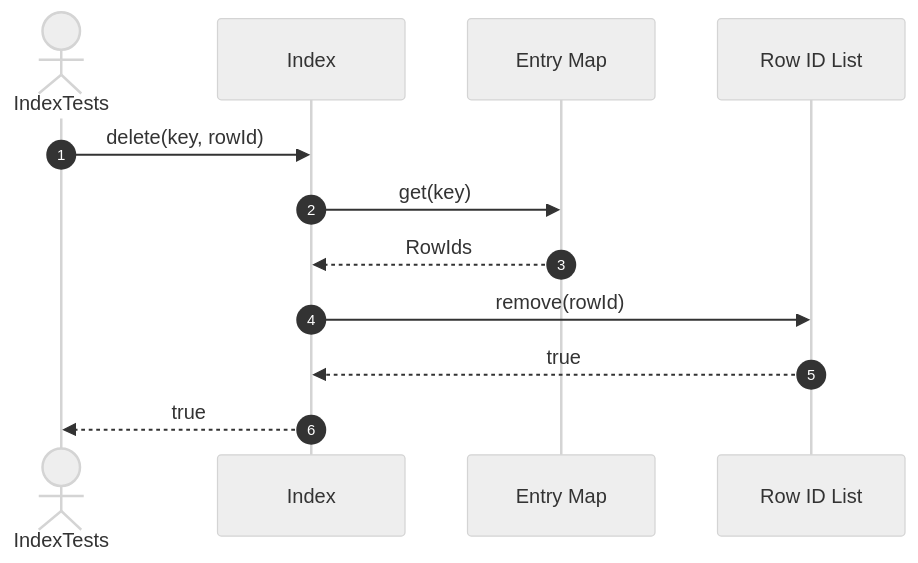
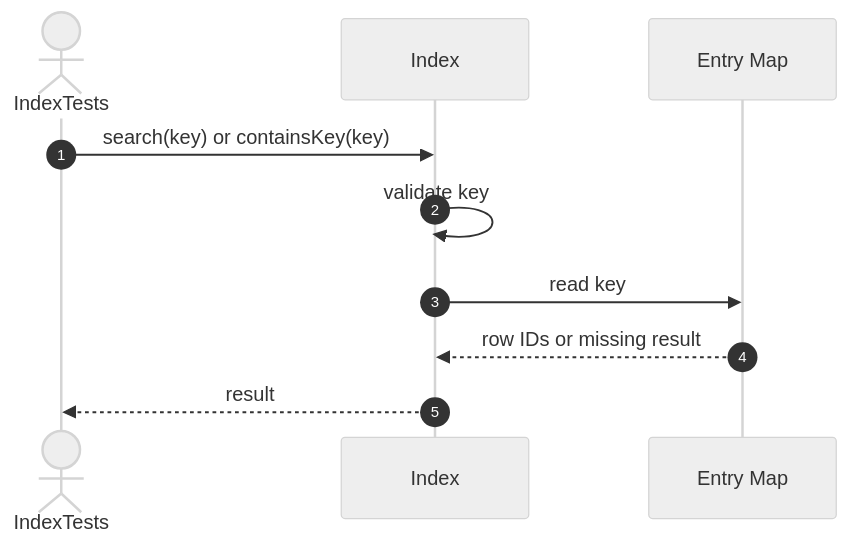
One commit to FhuAnn/-bbv-AN-s-DBMS changed diagram 33 of 50 in src/tests/unit/metadata/sequences/indexs-testing.se.md. Above: the diagram before and after it, drawn with Mermaid (neutral theme). The commit also changed other lines of this file and 9 other files, not shown here.

Commit message:
table and row run test successfully, remaining constraint object

````diff
--- a/src/tests/unit/metadata/sequences/indexs-testing.se.md
+++ b/src/tests/unit/metadata/sequences/indexs-testing.se.md
@@ -162,15 +609,13 @@
 ```mermaid
 sequenceDiagram
     autonumber
     actor Test as IndexTests
     participant Index as Index
     participant Entries as Entry Map
-    participant RowIds as Row ID List
 
-    Test->>Index: delete(key, rowId)
-    Index->>Entries: get(key)
-    Entries-->>Index: RowIds
-    Index->>RowIds: remove(rowId)
-    RowIds-->>Index: true
-    Index-->>Test: true
+    Test->>Index: search(key) or containsKey(key)
+    Index->>Index: validate key
+    Index->>Entries: read key
+    Entries-->>Index: row IDs or missing result
+    Index-->>Test: result
 ```
````
